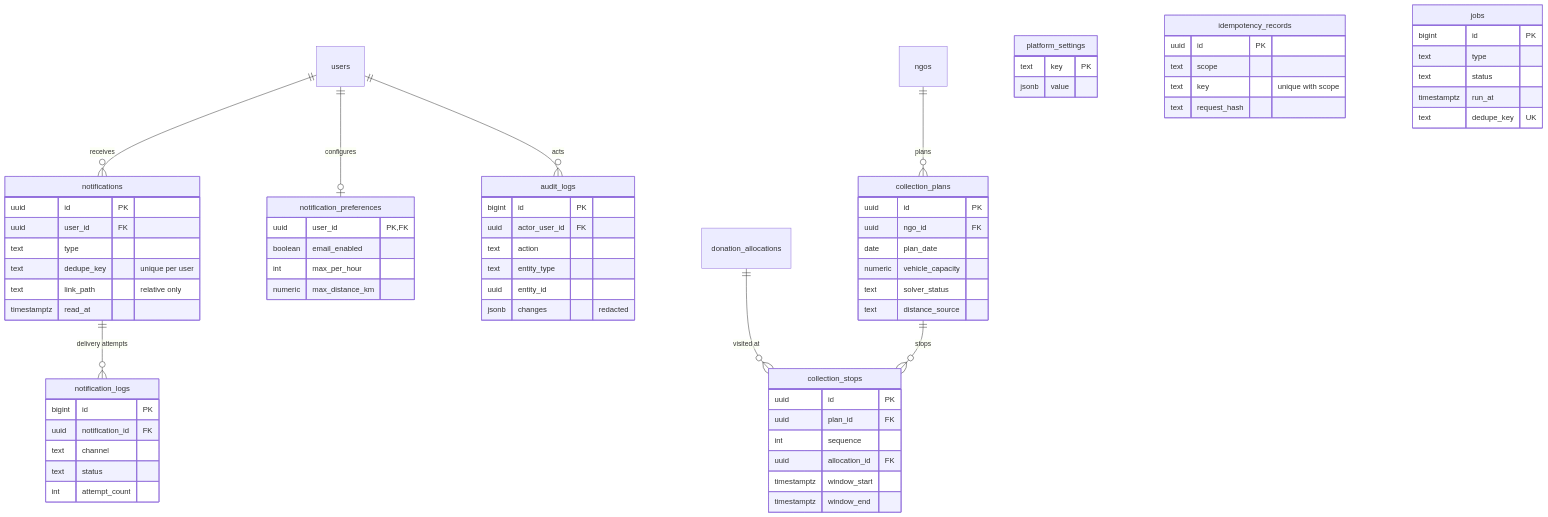
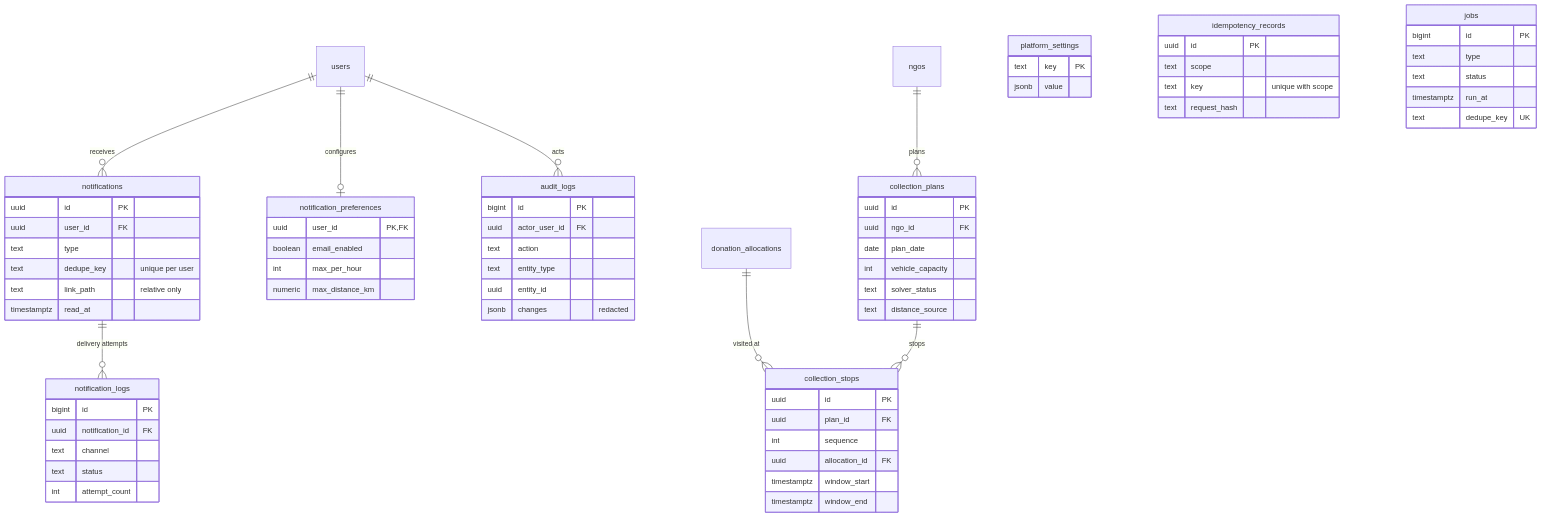
The seventh of 7 diagrams in docs/ER_DIAGRAM.md (sejal0324/Foodbridge), drawn with Mermaid before and after one commit. The commit also changed other lines of this file and 673 other files, not shown here.

````diff
--- a/docs/ER_DIAGRAM.md
+++ b/docs/ER_DIAGRAM.md
@@ -499,73 +489,73 @@
 ```mermaid
 erDiagram
     users ||--o{ notifications : "receives"
     users ||--o| notification_preferences : "configures"
     notifications ||--o{ notification_logs : "delivery attempts"
     ngos ||--o{ collection_plans : "plans"
     collection_plans ||--o{ collection_stops : "stops"
     donation_allocations ||--o{ collection_stops : "visited at"
     users ||--o{ audit_logs : "acts"
 
     notifications {
         uuid id PK
         uuid user_id FK
         text type
         text dedupe_key "unique per user"
         text link_path "relative only"
         timestamptz read_at
     }
     notification_preferences {
         uuid user_id PK, FK
         boolean email_enabled
         int max_per_hour
         numeric max_distance_km
     }
     notification_logs {
         bigint id PK
         uuid notification_id FK
         text channel
         text status
         int attempt_count
     }
     collection_plans {
         uuid id PK
         uuid ngo_id FK
         date plan_date
-        numeric vehicle_capacity
+        int vehicle_capacity
         text solver_status
         text distance_source
     }
     collection_stops {
         uuid id PK
         uuid plan_id FK
         int sequence
         uuid allocation_id FK
         timestamptz window_start
         timestamptz window_end
     }
     audit_logs {
         bigint id PK
         uuid actor_user_id FK
         text action
         text entity_type
         uuid entity_id
         jsonb changes "redacted"
     }
     platform_settings {
         text key PK
         jsonb value
     }
     idempotency_records {
         uuid id PK
         text scope
         text key "unique with scope"
         text request_hash
     }
     jobs {
         bigint id PK
         text type
         text status
         timestamptz run_at
         text dedupe_key UK
     }
 ```
````
